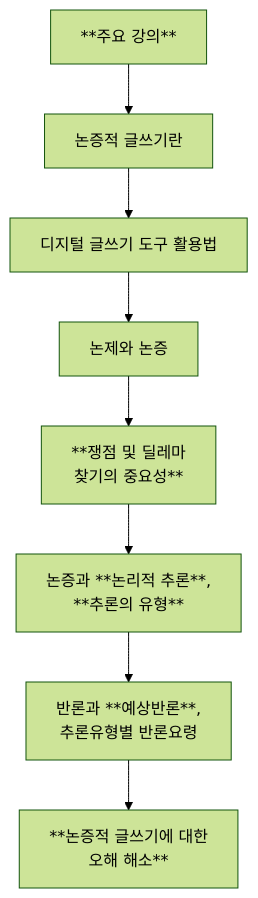
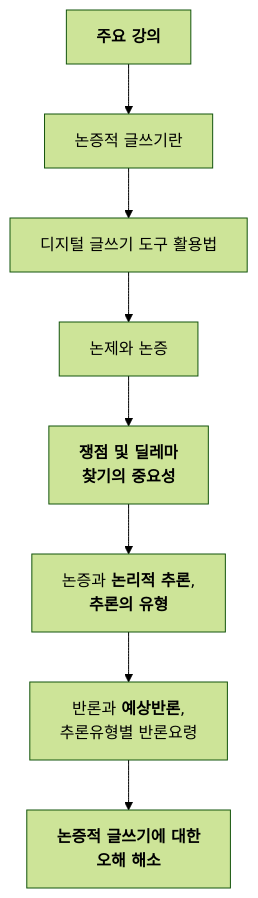
One commit to DeepWrite/2025FALL changed the third of 3 diagrams in index.md. Above: the diagram before and after it, drawn with Mermaid (forest theme). The commit also changed other lines of this file, not shown here.

````diff
--- a/index.md
+++ b/index.md
@@ -42,4 +42,4 @@
 ```mermaid
 flowchart TB
-   Z[**주요 강의**] --> A[논증적 글쓰기란] --> E[디지털 글쓰기 도구 활용법] -->B[논제와 논증] --> C[**쟁점 및 딜레마 <br> 찾기의 중요성**] --> D[논증과 **논리적 추론**, <br> **추론의 유형**] --> F[반론과 **예상반론**, <br> 추론유형별 반론요령] --> G[**논증적 글쓰기에 대한 <br> 오해 해소**]
+   Z[<b>주요 강의</b>] --> A[논증적 글쓰기란] --> E[디지털 글쓰기 도구 활용법] -->B[논제와 논증] --> C[<b>쟁점 및 딜레마 <br> 찾기의 중요성</b>] --> D[논증과 <b>논리적 추론</b>, <br> <b>추론의 유형</b>] --> F[반론과 <b>예상반론</b>, <br> 추론유형별 반론요령] --> G[<b>논증적 글쓰기에 대한 <br> 오해 해소</b>]
 ```
````
